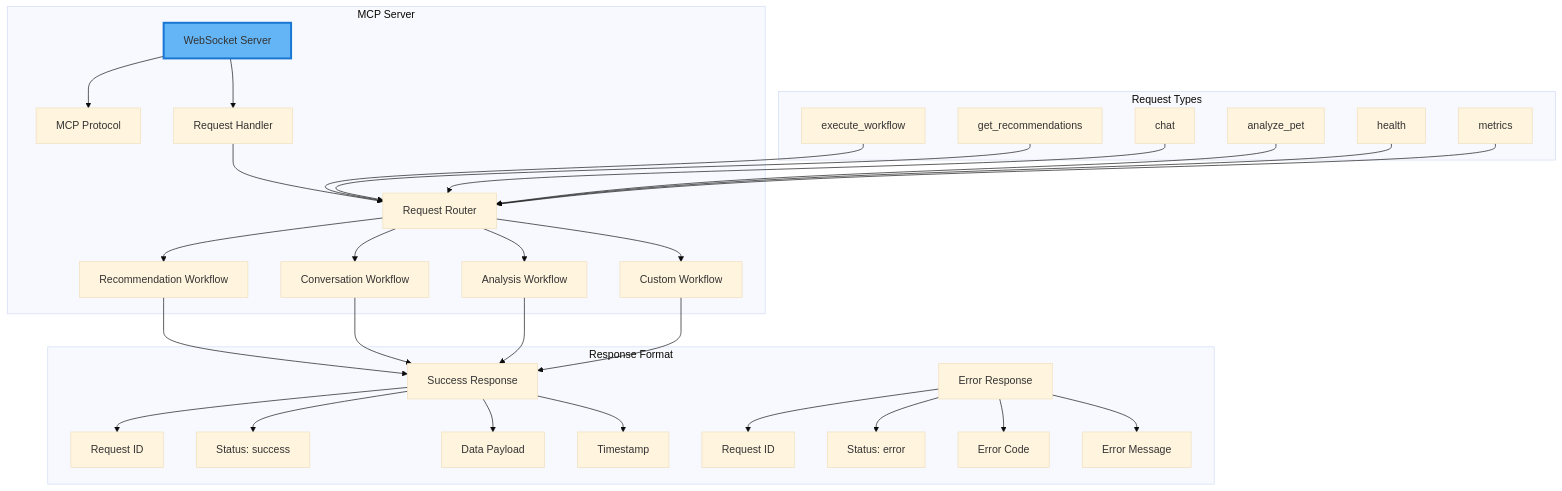
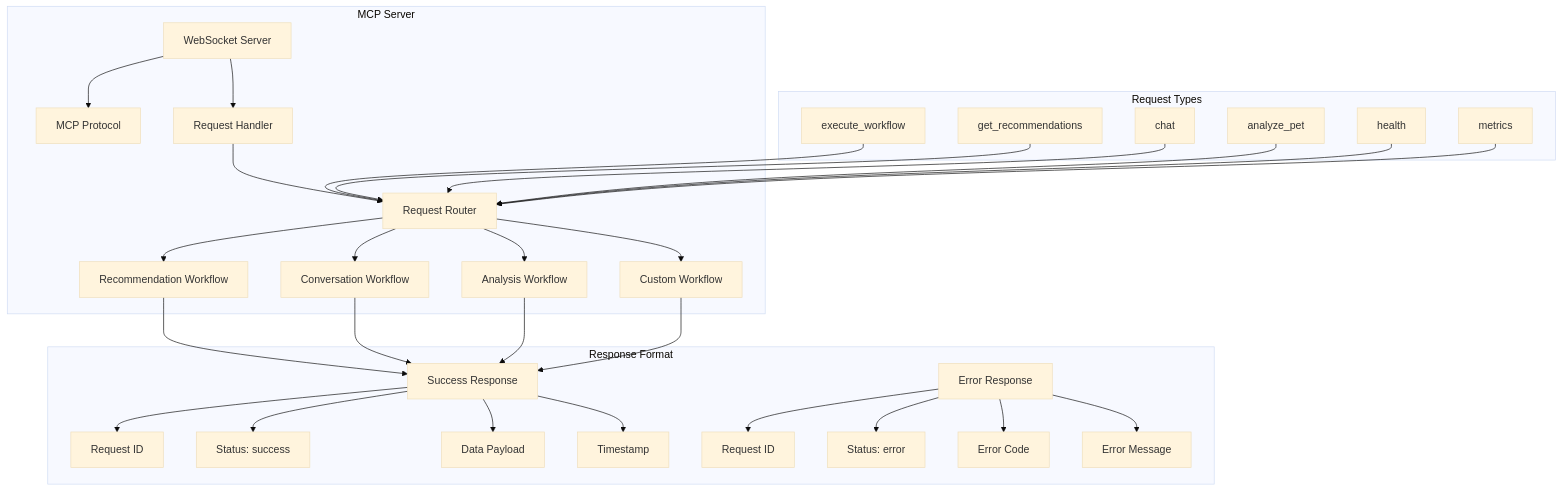
The sixth of 8 diagrams in agentic_ai/README.md (hoangsonww/PetSwipe-Match-App), drawn with Mermaid (base theme) before and after one commit. The commit also changed other lines of this file, not shown here.

````diff
--- a/agentic_ai/README.md
+++ b/agentic_ai/README.md
@@ -375,53 +360,51 @@
 ```mermaid
 graph TB
     subgraph "MCP Server"
         Server[WebSocket Server]
         Server --> Protocol[MCP Protocol]
         Server --> Handler[Request Handler]
 
         Handler --> Router[Request Router]
 
         Router --> WF1[Recommendation Workflow]
         Router --> WF2[Conversation Workflow]
         Router --> WF3[Analysis Workflow]
         Router --> WF4[Custom Workflow]
     end
 
     subgraph "Request Types"
         RT1[execute_workflow]
         RT2[get_recommendations]
         RT3[chat]
         RT4[analyze_pet]
         RT5[health]
         RT6[metrics]
     end
 
     subgraph "Response Format"
         Success[Success Response]
         Error[Error Response]
 
         Success --> ID[Request ID]
         Success --> Status[Status: success]
         Success --> Data[Data Payload]
         Success --> TS[Timestamp]
 
         Error --> EID[Request ID]
         Error --> EStatus[Status: error]
         Error --> ECode[Error Code]
         Error --> EMsg[Error Message]
     end
 
     RT1 --> Router
     RT2 --> Router
     RT3 --> Router
     RT4 --> Router
     RT5 --> Router
     RT6 --> Router
 
     WF1 --> Success
     WF2 --> Success
     WF3 --> Success
     WF4 --> Success
-
-    style Server fill:#64b5f6,stroke:#1976d2,stroke-width:3px
 ```
````
